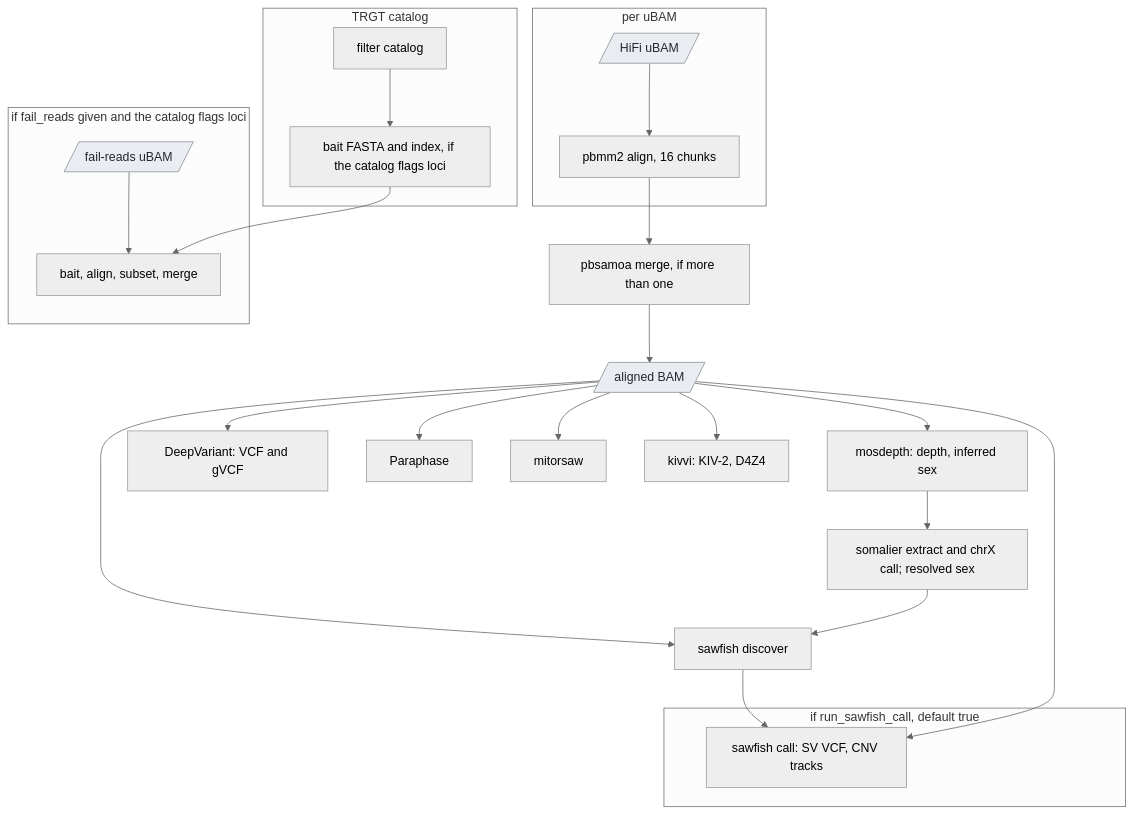
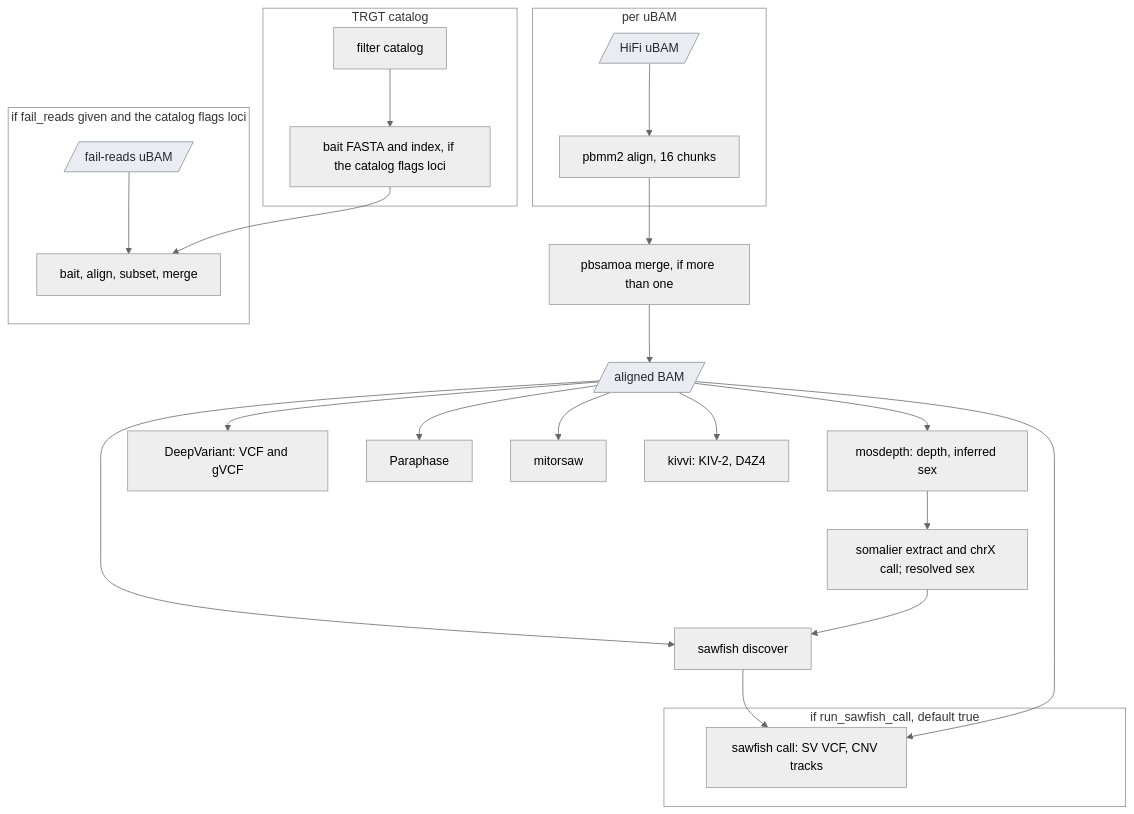
One commit to UppsalaGenomeCenter/ugc-wgw changed the diagram in docs/guide/stages/upstream.md. Above: the diagram before and after it, drawn with Mermaid (neutral theme). The commit also changed 19 other files, not shown here.

````diff
--- a/docs/guide/stages/upstream.md
+++ b/docs/guide/stages/upstream.md
@@ -15,29 +15,31 @@
 ```mermaid
 flowchart TD
   subgraph cat["TRGT catalog"]
     fc["filter catalog"] --> bait["bait FASTA and index, if the catalog flags loci"]
   end
   subgraph per["per uBAM"]
     ubam[/"HiFi uBAM"/]:::data --> pbmm2["pbmm2 align, 16 chunks"]
   end
   pbmm2 --> merge["pbsamoa merge, if more than one"]
   merge --> bam[/"aligned BAM"/]:::data
   bam --> mosdepth["mosdepth: depth, inferred sex"]
   mosdepth --> sex["somalier extract and chrX call; resolved sex"]
   bam --> dv["DeepVariant: VCF and gVCF"]
   bam --> disc["sawfish discover"]
   sex --> disc
   bam --> para["Paraphase"]
   bam --> mito["mitorsaw"]
   bam --> kiv["kivvi: KIV-2, D4Z4"]
   subgraph fr["if fail_reads given and the catalog flags loci"]
     fail[/"fail-reads uBAM"/]:::data --> baitr["bait, align, subset, merge"]
   end
   bait --> baitr
   subgraph sc["if run_sawfish_call, default true"]
     swc["sawfish call: SV VCF, CNV tracks"]
   end
   disc --> swc
   bam --> swc
   classDef data fill:#e9edf1,stroke:#8a8f95,color:#22272e
+  classDef box fill:none,stroke:#8a8f95
+  class cat,per,fr,sc box
 ```
````
